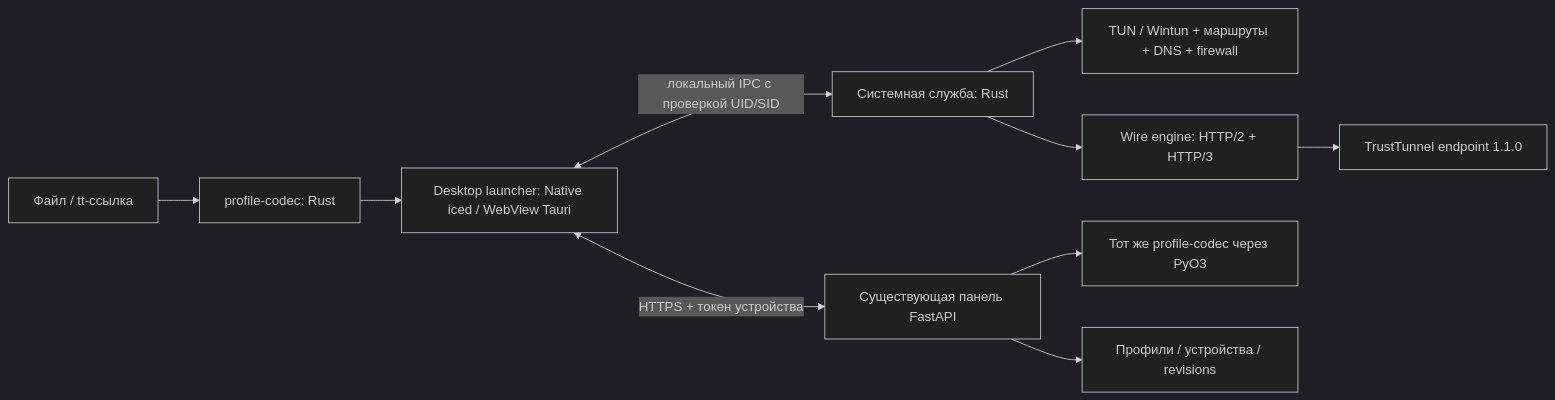
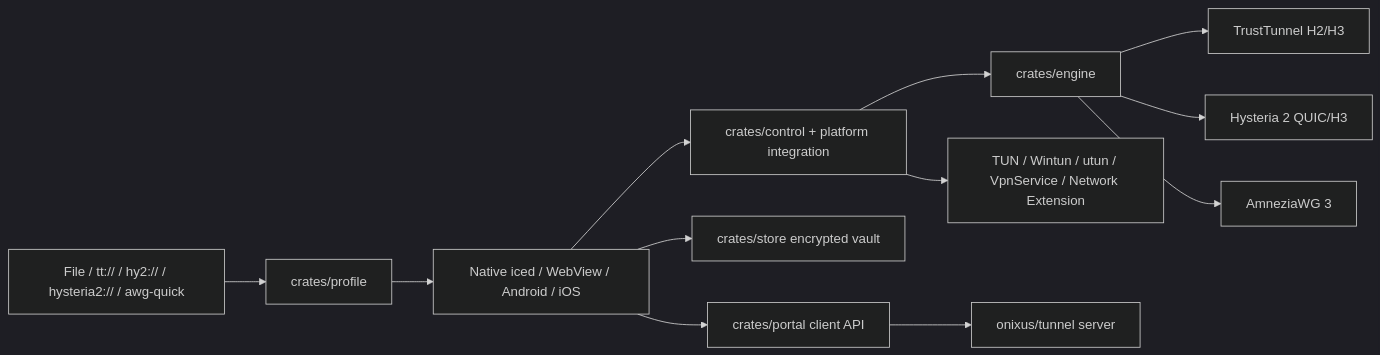
Before and after one commit to onixus/Rust-trustvpn: the diagram in docs/architecture.md, drawn with Mermaid (dark theme). The commit also changed other lines of this file, not shown here.

Commit message:
docs: align architecture with current client repository

````diff
--- a/docs/architecture.md
+++ b/docs/architecture.md
@@ -17,12 +22,14 @@
 ```mermaid
 flowchart LR
-  F[Файл / tt-ссылка] --> C[profile-codec: Rust]
-  C --> UI[Desktop launcher: Native iced / WebView Tauri]
-  UI <-->|локальный IPC с проверкой UID/SID| D[Системная служба: Rust]
-  D --> N[TUN / Wintun + маршруты + DNS + firewall]
-  D --> W[Wire engine: HTTP/2 + HTTP/3]
-  W --> E[TrustTunnel endpoint 1.1.0]
-  UI <-->|HTTPS + токен устройства| P[Существующая панель FastAPI]
-  P --> C2[Тот же profile-codec через PyO3]
-  P --> DB[Профили / устройства / revisions]
+  I[File / tt:// / hy2:// / hysteria2:// / awg-quick] --> P[crates/profile]
+  P --> UI[Native iced / WebView / Android / iOS]
+  UI --> C[crates/control + platform integration]
+  C --> E[crates/engine]
+  E --> TT[TrustTunnel H2/H3]
+  E --> HY[Hysteria 2 QUIC/H3]
+  E --> AWG[AmneziaWG 3]
+  C --> TUN[TUN / Wintun / utun / VpnService / Network Extension]
+  UI --> S[crates/store encrypted vault]
+  UI --> PORTAL[crates/portal client API]
+  PORTAL --> EXT[onixus/tunnel server]
 ```
````
